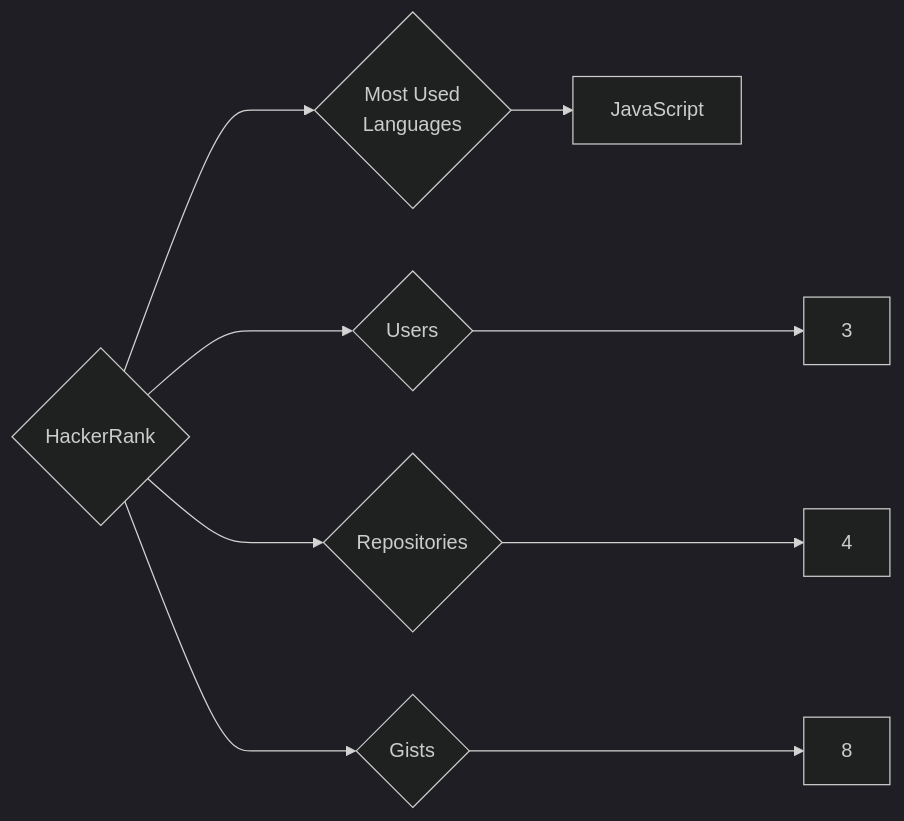
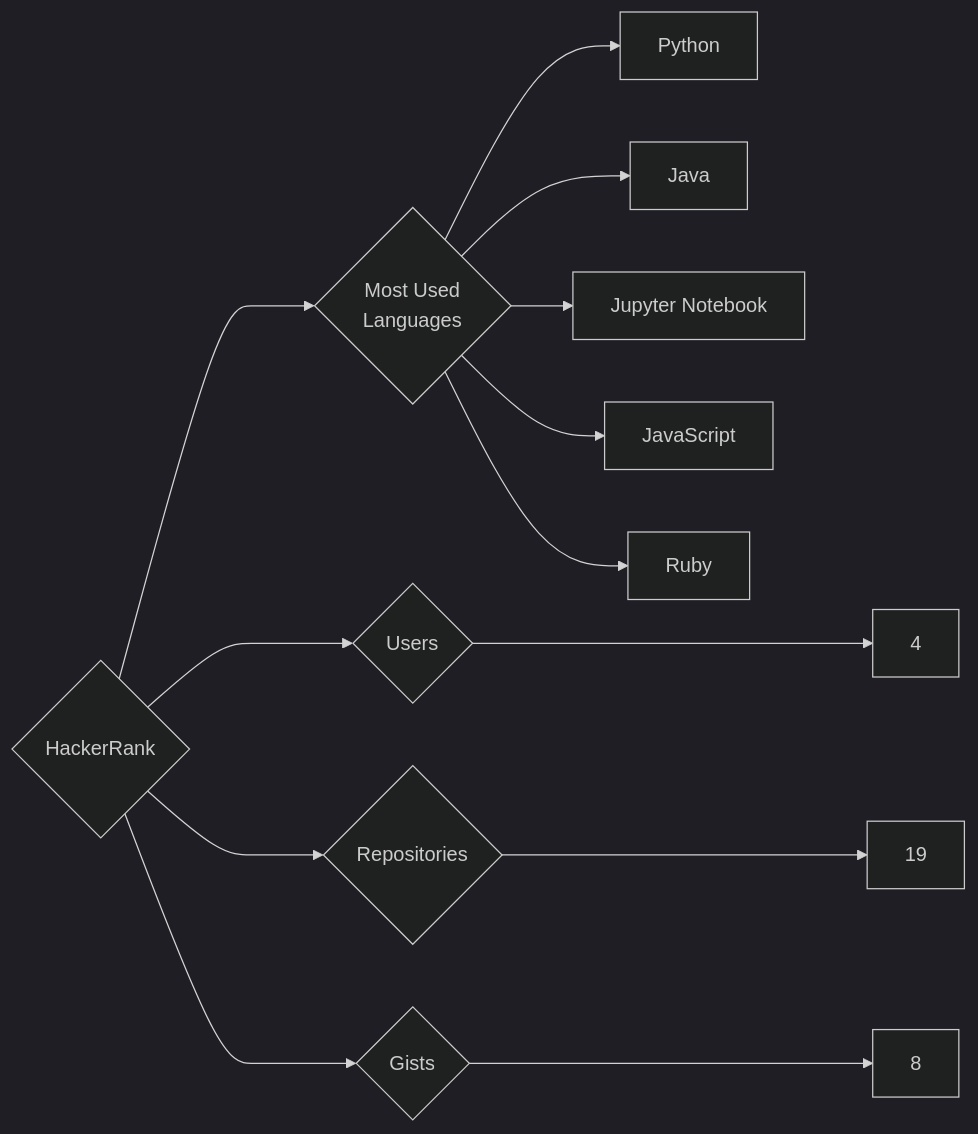
The diagram in targets/HackerRank/README.md (trickest/insiders), drawn with Mermaid (dark theme) before and after one commit. The commit also changed 773 other files, not shown here.

````diff
--- a/targets/HackerRank/README.md
+++ b/targets/HackerRank/README.md
@@ -3,9 +3,13 @@
 ```mermaid
 graph LR
 COMPANY_NAME{HackerRank}
-COMPANY_NAME ---> U{Users} ---> UN[3]
-COMPANY_NAME ---> R{Repositories} ---> RN[4]
+COMPANY_NAME ---> U{Users} ---> UN[4]
+COMPANY_NAME ---> R{Repositories} ---> RN[19]
 COMPANY_NAME ---> G{Gists} ---> GN[8]
 COMPANY_NAME ---> ML{Most Used<br>Languages}
+ML --> Python[Python]
+ML --> Java[Java]
+ML --> Jupyter_Notebook[Jupyter Notebook]
 ML --> JavaScript[JavaScript]
+ML --> Ruby[Ruby]
 ```
````
